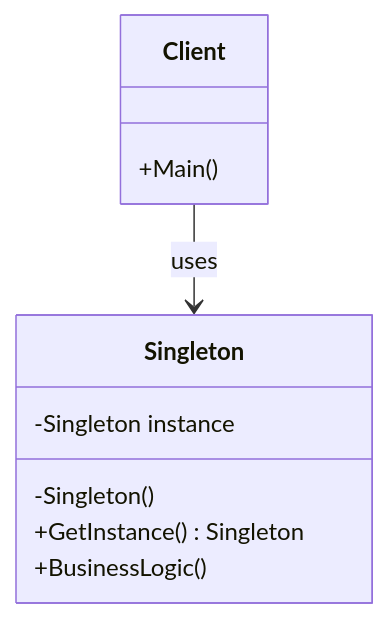
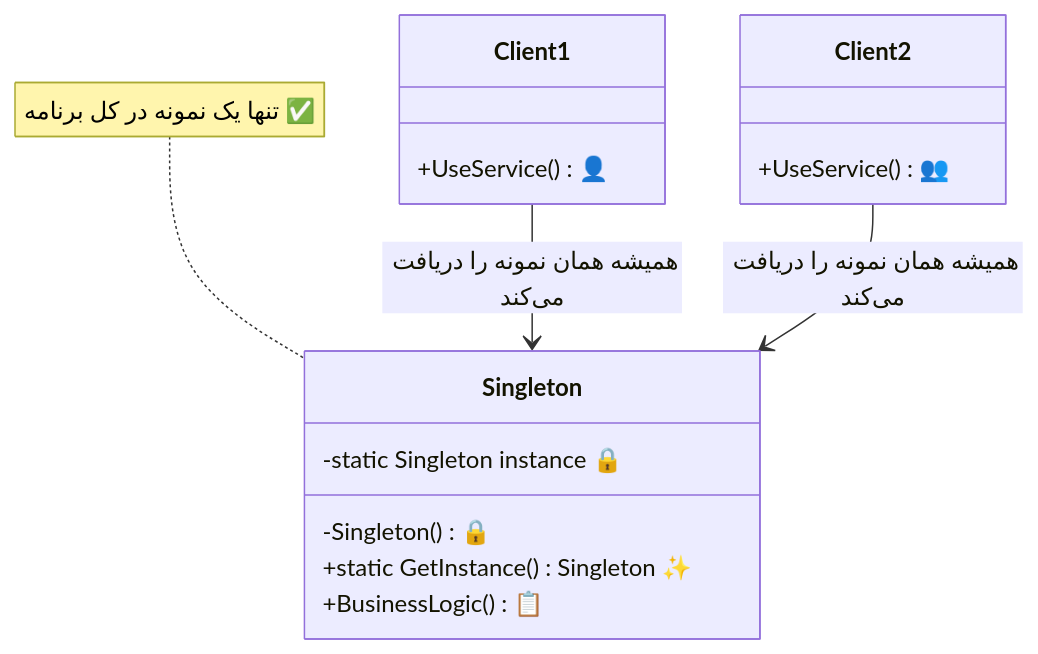
Before and after one commit to alireza-haeri/Persian-Design-Patterns: the diagram in Singleton/README.md, drawn with Mermaid. The commit also changed other lines of this file and 2 other files, not shown here.

Commit message:
Improve content for Singleton, Builder, and Mediator patterns

````diff
--- a/Singleton/README.md
+++ b/Singleton/README.md
@@ -13,15 +37,22 @@
 ```mermaid
 classDiagram
     class Singleton {
-        -Singleton instance
-        -Singleton()
-        +GetInstance() Singleton
-        +BusinessLogic()
+        -static Singleton instance 🔒
+        -Singleton() 🔒
+        +static GetInstance() Singleton ✨
+        +BusinessLogic() 📋
     }
     
-    class Client {
-        +Main()
+    class Client1 {
+        +UseService() 👤
     }
     
-    Client --> Singleton : uses
+    class Client2 {
+        +UseService() 👥
+    }
+    
+    Client1 --> Singleton : همیشه همان نمونه را دریافت می‌کند
+    Client2 --> Singleton : همیشه همان نمونه را دریافت می‌کند
+    
+    note for Singleton "تنها یک نمونه در کل برنامه ✅"
 ```
````
